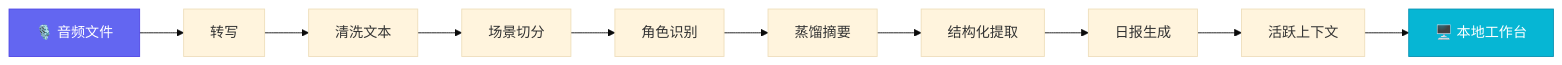
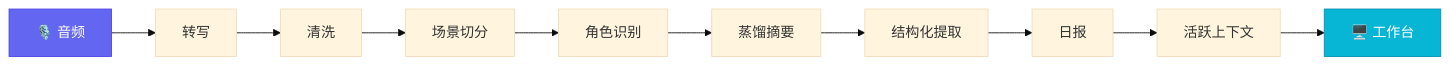
The diagram in README.md (openmy-ai/openmy), drawn with Mermaid (base theme) before and after one commit. The commit also changed other lines of this file and 1 other file, not shown here.

````diff
--- a/README.md
+++ b/README.md
@@ -139,15 +51,15 @@
 ```mermaid
 graph LR
-    A[🎙️ 音频文件] --> B[转写]
-    B --> C[清洗文本]
+    A[🎙️ 音频] --> B[转写]
+    B --> C[清洗]
     C --> D[场景切分]
     D --> E[角色识别]
     E --> F[蒸馏摘要]
     F --> G[结构化提取]
-    G --> H[日报生成]
+    G --> H[日报]
     H --> I[活跃上下文]
-    I --> J[🖥️ 本地工作台]
+    I --> J[🖥️ 工作台]
 
     style A fill:#6366f1,stroke:#4f46e5,color:#fff
     style J fill:#06b6d4,stroke:#0891b2,color:#fff
 ```
````
